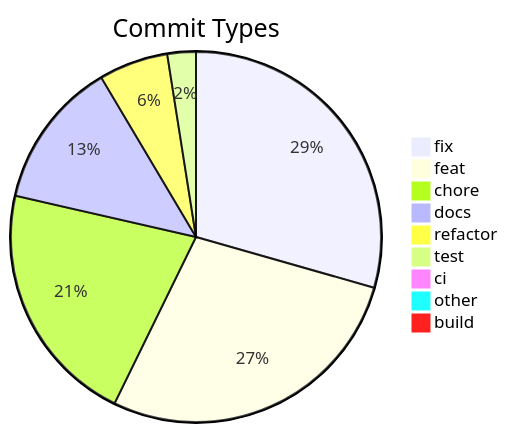
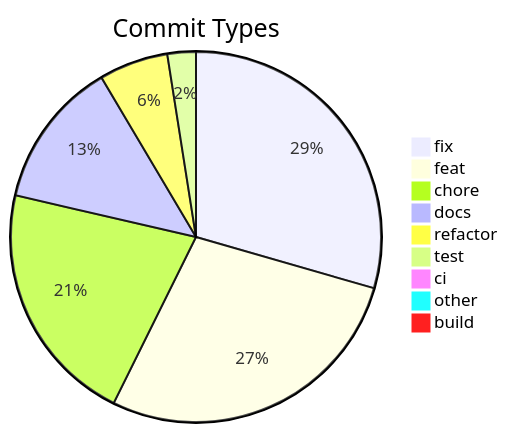
One commit to svenroth-ai/shipwright changed the diagram in .shipwright/compliance/change-history.md. Above: the diagram before and after it, drawn with Mermaid. The commit also changed other lines of this file and 30 other files, not shown here.

````diff
--- a/.shipwright/compliance/change-history.md
+++ b/.shipwright/compliance/change-history.md
@@ -8,12 +8,12 @@
 ```mermaid
 pie title Commit Types
-    "fix" : 331
-    "feat" : 313
+    "fix" : 332
+    "feat" : 314
     "chore" : 240
     "docs" : 145
     "refactor" : 68
     "test" : 28
     "ci" : 11
     "other" : 9
     "build" : 1
 ```
````
